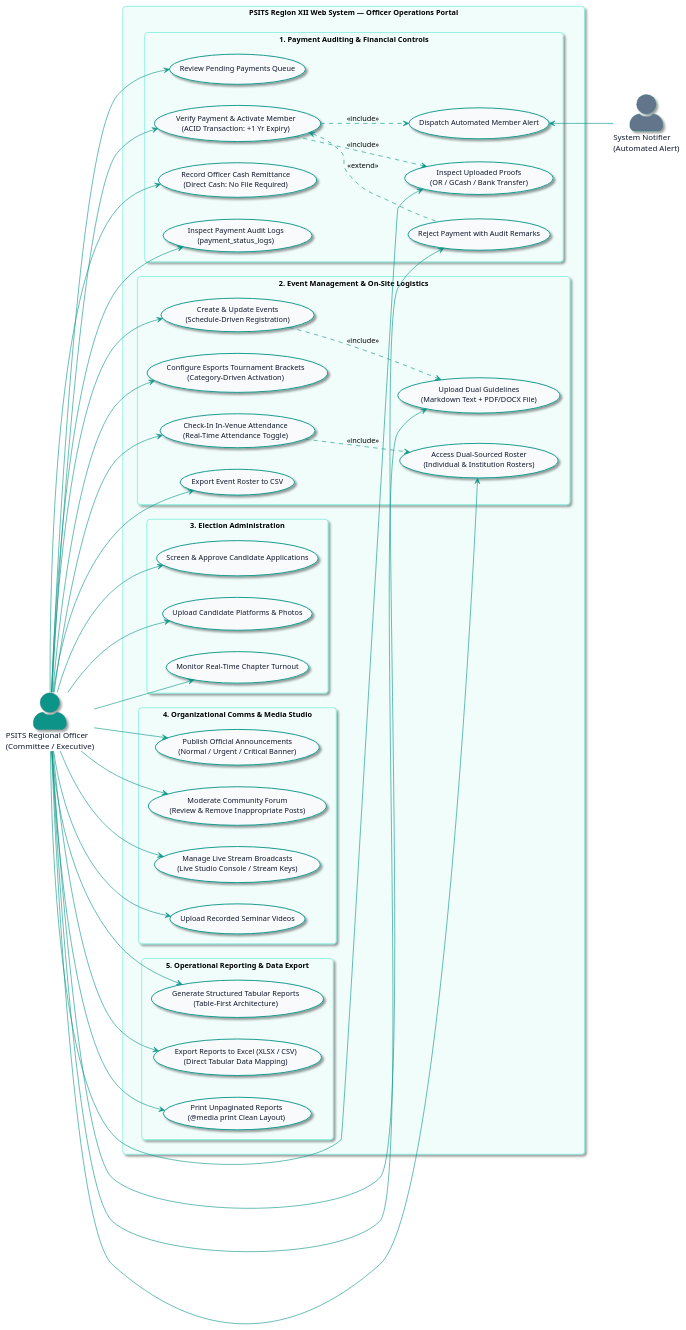
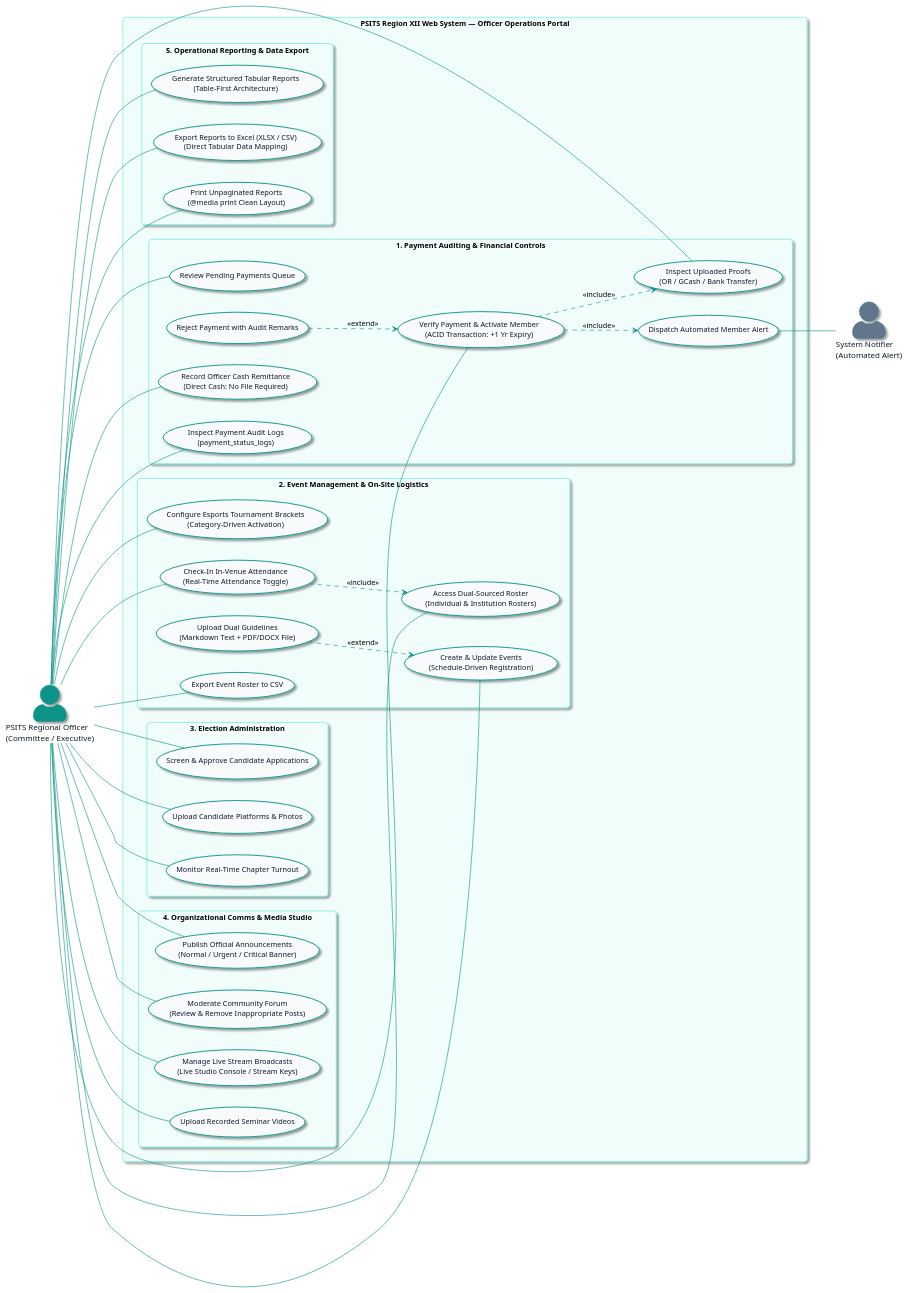
Before and after one commit to markdanieldigol9-alt/psits-web-system: the diagram in docs/use_case_officer.puml, drawn with PlantUML. The commit also changed 76 other files, not shown here.

Commit message:
feat(system): UI refresh across modules, reports module enhancements, attendance and election updates, docs and diagrams

```diff
--- a/docs/use_case_officer.puml
+++ b/docs/use_case_officer.puml
@@ -1,125 +1,123 @@
 @startuml PSITS_Use_Case_Officer
 skinparam packageStyle rectangle
 skinparam roundcorner 10
 skinparam shadowing true
 skinparam actorStyle awesome
 skinparam defaultFontName "Segoe UI", Arial, sans-serif
 skinparam defaultFontSize 12
 
 skinparam actor {
     BackgroundColor #0D9488
     BorderColor #0F766E
     FontColor #0F172A
     FontSize 13
 }
 
 skinparam usecase {
     BackgroundColor #F8FAFC
     BorderColor #0D9488
     BorderThickness 1.5
     FontColor #0F172A
     ArrowColor #0D9488
 }
 
 skinparam package {
     BackgroundColor #F0FDFA
     BorderColor #5EEAD4
     FontColor #0F766E
     FontStyle bold
 }
 
 left to right direction
 
 ' ========================================================
 ' ACTORS
 ' ========================================================
 actor "PSITS Regional Officer\n(Committee / Executive)" as Officer #0D9488
 actor "System Notifier\n(Automated Alert)" as SystemNotifier #64748B
 
 ' ========================================================
 ' SYSTEM BOUNDARY: OFFICER OPERATIONS PORTAL
 ' ========================================================
 rectangle "PSITS Region XII Web System — Officer Operations Portal" as OfficerPortal {
 
     package "1. Payment Auditing & Financial Controls" {
         usecase "Review Pending Payments Queue" as UC_ReviewQueue
         usecase "Inspect Uploaded Proofs\n(OR / GCash / Bank Transfer)" as UC_InspectProof
         usecase "Verify Payment & Activate Member\n(ACID Transaction: +1 Yr Expiry)" as UC_VerifyPay
         usecase "Reject Payment with Audit Remarks" as UC_RejectPay
         usecase "Record Officer Cash Remittance\n(Direct Cash: No File Required)" as UC_RecordCash
         usecase "Inspect Payment Audit Logs\n(payment_status_logs)" as UC_StatusLogs
         usecase "Dispatch Automated Member Alert" as UC_DispatchAlert
     }
 
     package "2. Event Management & On-Site Logistics" {
         usecase "Create & Update Events\n(Schedule-Driven Registration)" as UC_CreateEvent
         usecase "Upload Dual Guidelines\n(Markdown Text + PDF/DOCX File)" as UC_UploadGuidelines
         usecase "Configure Esports Tournament Brackets\n(Category-Driven Activation)" as UC_EsportsBrackets
         usecase "Access Dual-Sourced Roster\n(Individual & Institution Rosters)" as UC_ViewRoster
         usecase "Check-In In-Venue Attendance\n(Real-Time Attendance Toggle)" as UC_Attendance
         usecase "Export Event Roster to CSV" as UC_ExportRosterCSV
     }
 
     package "3. Election Administration" {
         usecase "Screen & Approve Candidate Applications" as UC_ScreenCandidates
         usecase "Upload Candidate Platforms & Photos" as UC_UploadPlatform
         usecase "Monitor Real-Time Chapter Turnout" as UC_MonitorTurnout
     }
 
     package "4. Organizational Comms & Media Studio" {
         usecase "Publish Official Announcements\n(Normal / Urgent / Critical Banner)" as UC_PostAnnounce
         usecase "Moderate Community Forum\n(Review & Remove Inappropriate Posts)" as UC_ModForum
         usecase "Manage Live Stream Broadcasts\n(Live Studio Console / Stream Keys)" as UC_LiveStudio
         usecase "Upload Recorded Seminar Videos" as UC_UploadRecordings
     }
 
     package "5. Operational Reporting & Data Export" {
         usecase "Generate Structured Tabular Reports\n(Table-First Architecture)" as UC_TableReports
         usecase "Export Reports to Excel (XLSX / CSV)\n(Direct Tabular Data Mapping)" as UC_ExportExcel
         usecase "Print Unpaginated Reports\n(@media print Clean Layout)" as UC_PrintReport
     }
 }
 
 ' ========================================================
-' ASSOCIATIONS (OFFICER)
+' ASSOCIATIONS (OFFICER - solid lines without arrowheads)
 ' ========================================================
-Officer --> UC_ReviewQueue
-Officer --> UC_InspectProof
-Officer --> UC_VerifyPay
-Officer --> UC_RejectPay
-Officer --> UC_RecordCash
-Officer --> UC_StatusLogs
+Officer -- UC_ReviewQueue
+Officer -- UC_InspectProof
+Officer -- UC_VerifyPay
+Officer -- UC_RecordCash
+Officer -- UC_StatusLogs
 
-Officer --> UC_CreateEvent
-Officer --> UC_UploadGuidelines
-Officer --> UC_EsportsBrackets
-Officer --> UC_ViewRoster
-Officer --> UC_Attendance
-Officer --> UC_ExportRosterCSV
+Officer -- UC_CreateEvent
+Officer -- UC_EsportsBrackets
+Officer -- UC_ViewRoster
+Officer -- UC_Attendance
+Officer -- UC_ExportRosterCSV
 
-Officer --> UC_ScreenCandidates
-Officer --> UC_UploadPlatform
-Officer --> UC_MonitorTurnout
+Officer -- UC_ScreenCandidates
+Officer -- UC_UploadPlatform
+Officer -- UC_MonitorTurnout
 
-Officer --> UC_PostAnnounce
-Officer --> UC_ModForum
-Officer --> UC_LiveStudio
-Officer --> UC_UploadRecordings
+Officer -- UC_PostAnnounce
+Officer -- UC_ModForum
+Officer -- UC_LiveStudio
+Officer -- UC_UploadRecordings
 
-Officer --> UC_TableReports
-Officer --> UC_ExportExcel
-Officer --> UC_PrintReport
+Officer -- UC_TableReports
+Officer -- UC_ExportExcel
+Officer -- UC_PrintReport
 
-' System Secondary Actor
-UC_DispatchAlert <-- SystemNotifier
+' Secondary Actor Association (solid line without arrowhead)
+UC_DispatchAlert -- SystemNotifier
 
 ' ========================================================
 ' INCLUDE & EXTEND RELATIONSHIPS
 ' ========================================================
 UC_VerifyPay ..> UC_InspectProof : <<include>>
 UC_VerifyPay ..> UC_DispatchAlert : <<include>>
-UC_VerifyPay <.. UC_RejectPay : <<extend>>
+UC_RejectPay ..> UC_VerifyPay : <<extend>>
 UC_Attendance ..> UC_ViewRoster : <<include>>
-UC_CreateEvent ..> UC_UploadGuidelines : <<include>>
+UC_UploadGuidelines ..> UC_CreateEvent : <<extend>>
 
 @enduml
```
